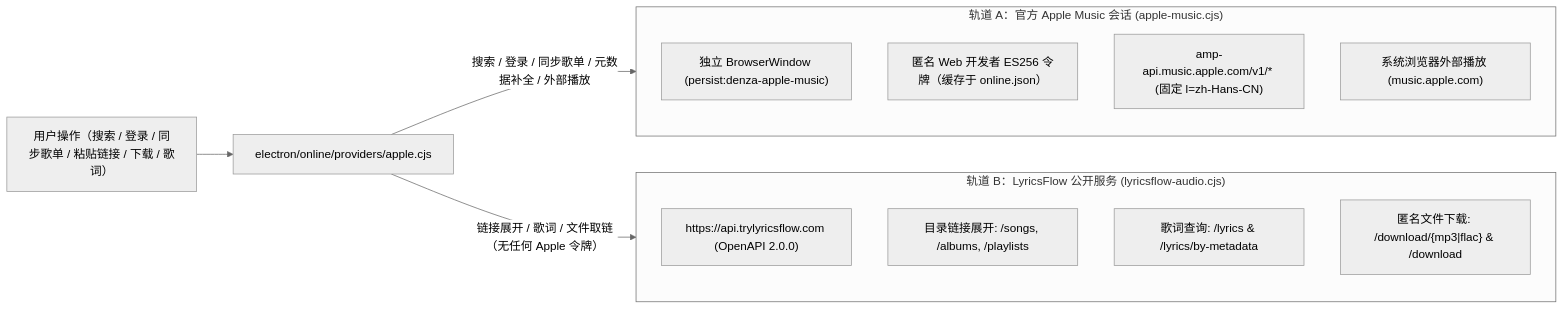
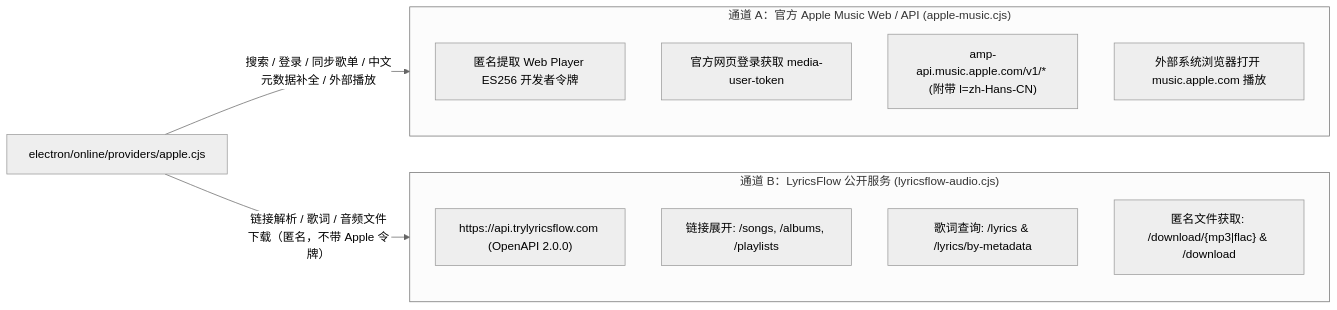
Before and after one commit to ahuai6/Denza-Fork: the second of 2 diagrams in docs/DENZA-ONLINE-API.md, drawn with Mermaid (neutral theme). The commit also changed other lines of this file, not shown here.

Commit message:
docs: make online API reference architecture-neutral

````diff
--- a/docs/DENZA-ONLINE-API.md
+++ b/docs/DENZA-ONLINE-API.md
@@ -331,21 +174,21 @@
 ```mermaid
 flowchart LR
-  User["用户操作（搜索 / 登录 / 同步歌单 / 粘贴链接 / 下载 / 歌词）"] --> Adapter["electron/online/providers/apple.cjs"]
+  Adapter["electron/online/providers/apple.cjs"]
 
-  subgraph Official["轨道 A：官方 Apple Music 会话 (apple-music.cjs)"]
-    Win["独立 BrowserWindow (persist:denza-apple-music)"]
-    DevTok["匿名 Web 开发者 ES256 令牌（缓存于 online.json）"]
-    AmpAPI["amp-api.music.apple.com/v1/* (固定 l=zh-Hans-CN)"]
-    ExtPlay["系统浏览器外部播放 (music.apple.com)"]
+  subgraph Official["通道 A：官方 Apple Music Web / API (apple-music.cjs)"]
+    DevTok["匿名提取 Web Player ES256 开发者令牌"]
+    UserTok["官方网页登录获取 media-user-token"]
+    AmpAPI["amp-api.music.apple.com/v1/* (附带 l=zh-Hans-CN)"]
+    ExtPlay["外部系统浏览器打开 music.apple.com 播放"]
   end
 
-  subgraph PublicSvc["轨道 B：LyricsFlow 公开服务 (lyricsflow-audio.cjs)"]
-    LFBase["https://api.trylyricsflow.com (OpenAPI 2.0.0)"]
-    LFLookup["目录链接展开: /songs, /albums, /playlists"]
-    LFLyric["歌词查询: /lyrics & /lyrics/by-metadata"]
-    LFDown["匿名文件下载: /download/{mp3|flac} & /download"]
+  subgraph PublicSvc["通道 B：LyricsFlow 公开服务 (lyricsflow-audio.cjs)"]
+    Base["https://api.trylyricsflow.com (OpenAPI 2.0.0)"]
+    Lookup["链接展开: /songs, /albums, /playlists"]
+    Lyric["歌词查询: /lyrics & /lyrics/by-metadata"]
+    File["匿名文件获取: /download/{mp3|flac} & /download"]
   end
 
-  Adapter -->|"搜索 / 登录 / 同步歌单 / 元数据补全 / 外部播放"| Official
-  Adapter -->|"链接展开 / 歌词 / 文件取链（无任何 Apple 令牌）"| PublicSvc
+  Adapter -->|"搜索 / 登录 / 同步歌单 / 中文元数据补全 / 外部播放"| Official
+  Adapter -->|"链接解析 / 歌词 / 音频文件下载（匿名，不带 Apple 令牌）"| PublicSvc
 ```
````
